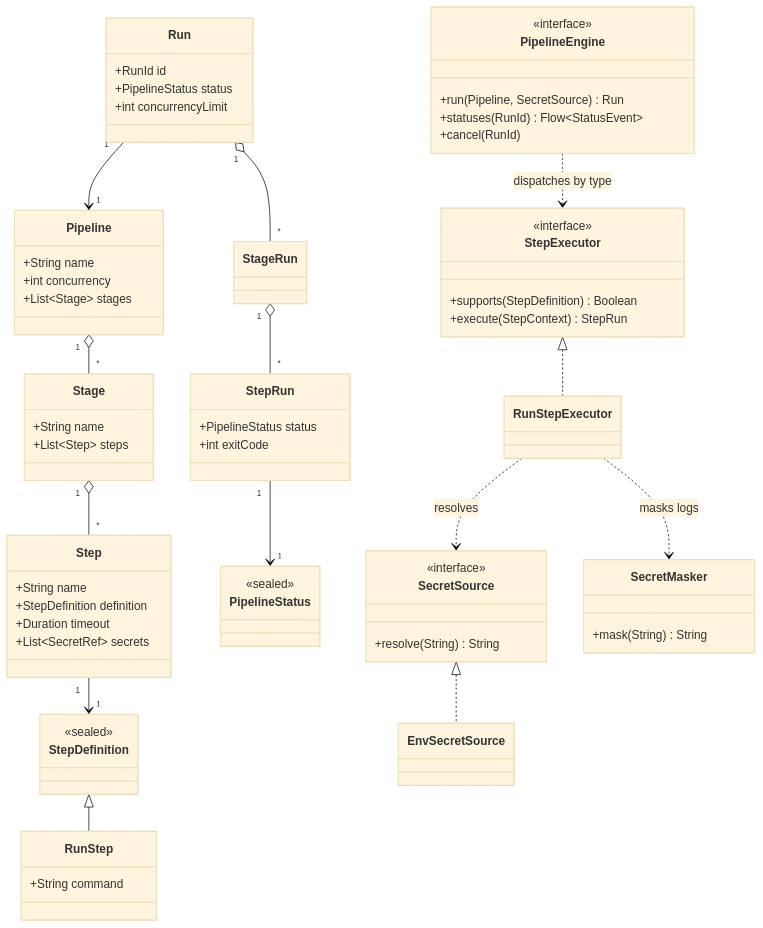
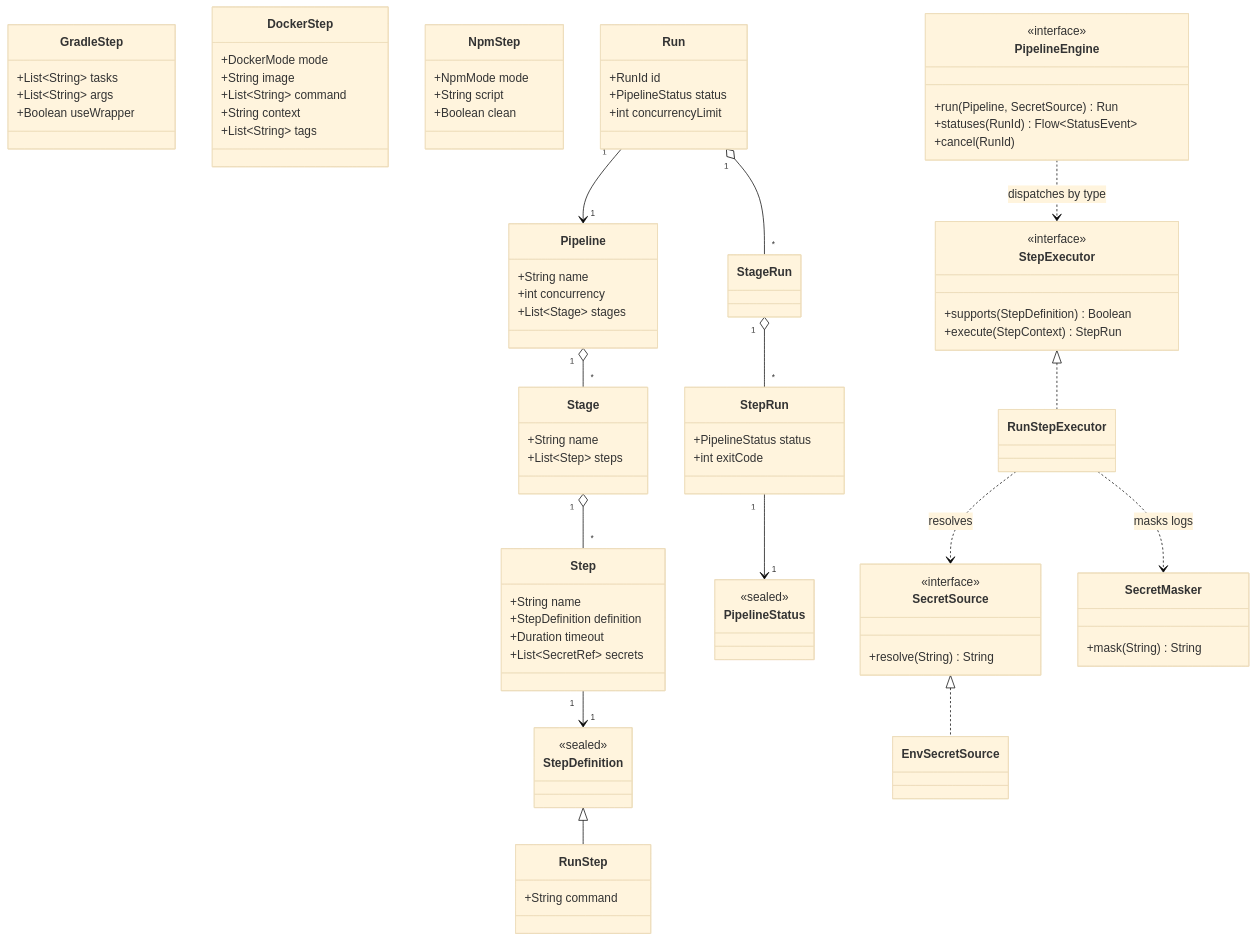
One commit to khorum-oss/kontinuance changed the diagram in docs/diagrams/class-diagram.md. Above: the diagram before and after it, drawn with Mermaid (base theme). The commit also changed other lines of this file and 31 other files, not shown here.

```diff
--- a/docs/diagrams/class-diagram.md
+++ b/docs/diagrams/class-diagram.md
@@ -27,6 +29,23 @@
     }
     class RunStep {
       +String command
+    }
+    class GradleStep {
+      +List~String~ tasks
+      +List~String~ args
+      +Boolean useWrapper
+    }
+    class DockerStep {
+      +DockerMode mode
+      +String image
+      +List~String~ command
+      +String context
+      +List~String~ tags
+    }
+    class NpmStep {
+      +NpmMode mode
+      +String script
+      +Boolean clean
     }
     class Run {
       +RunId id
```
